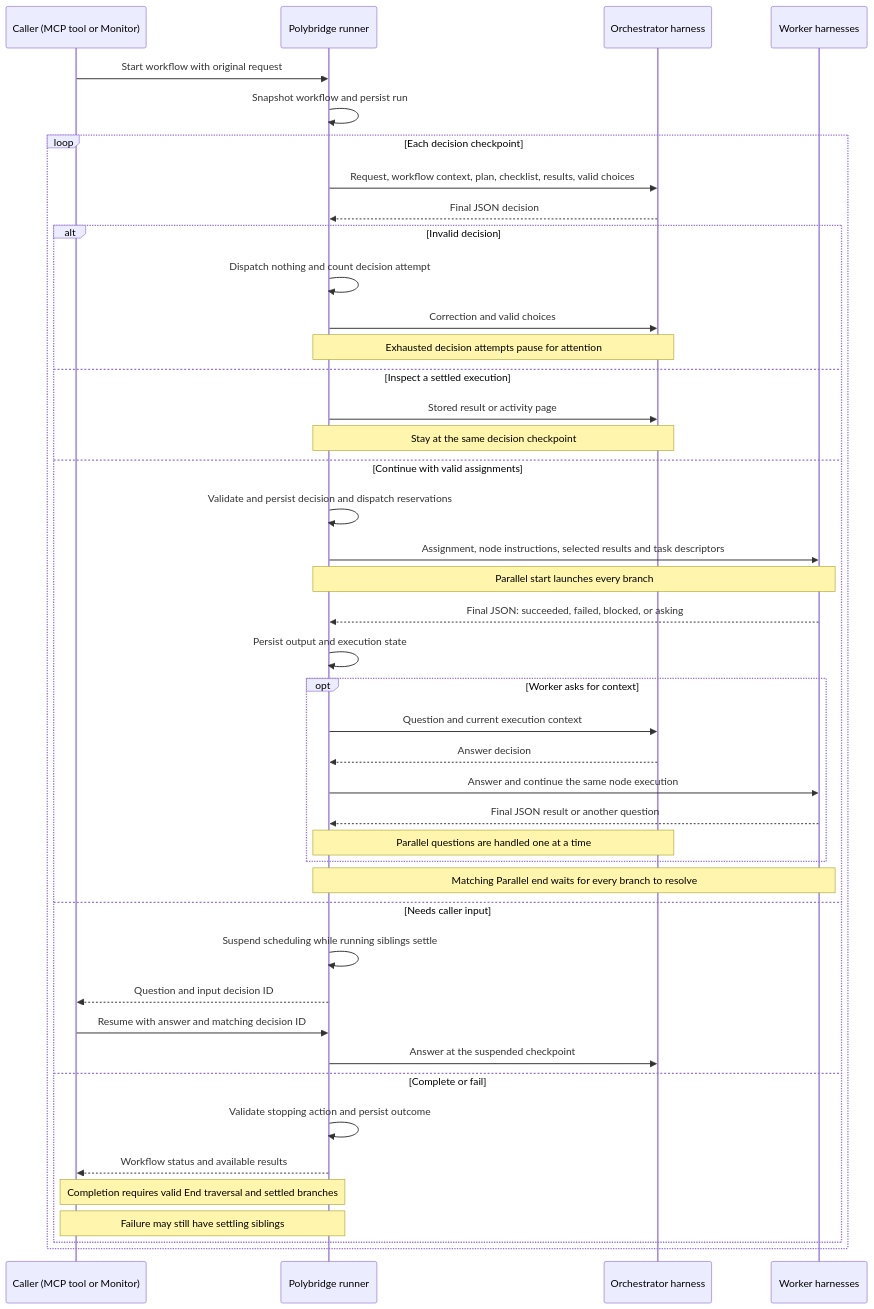
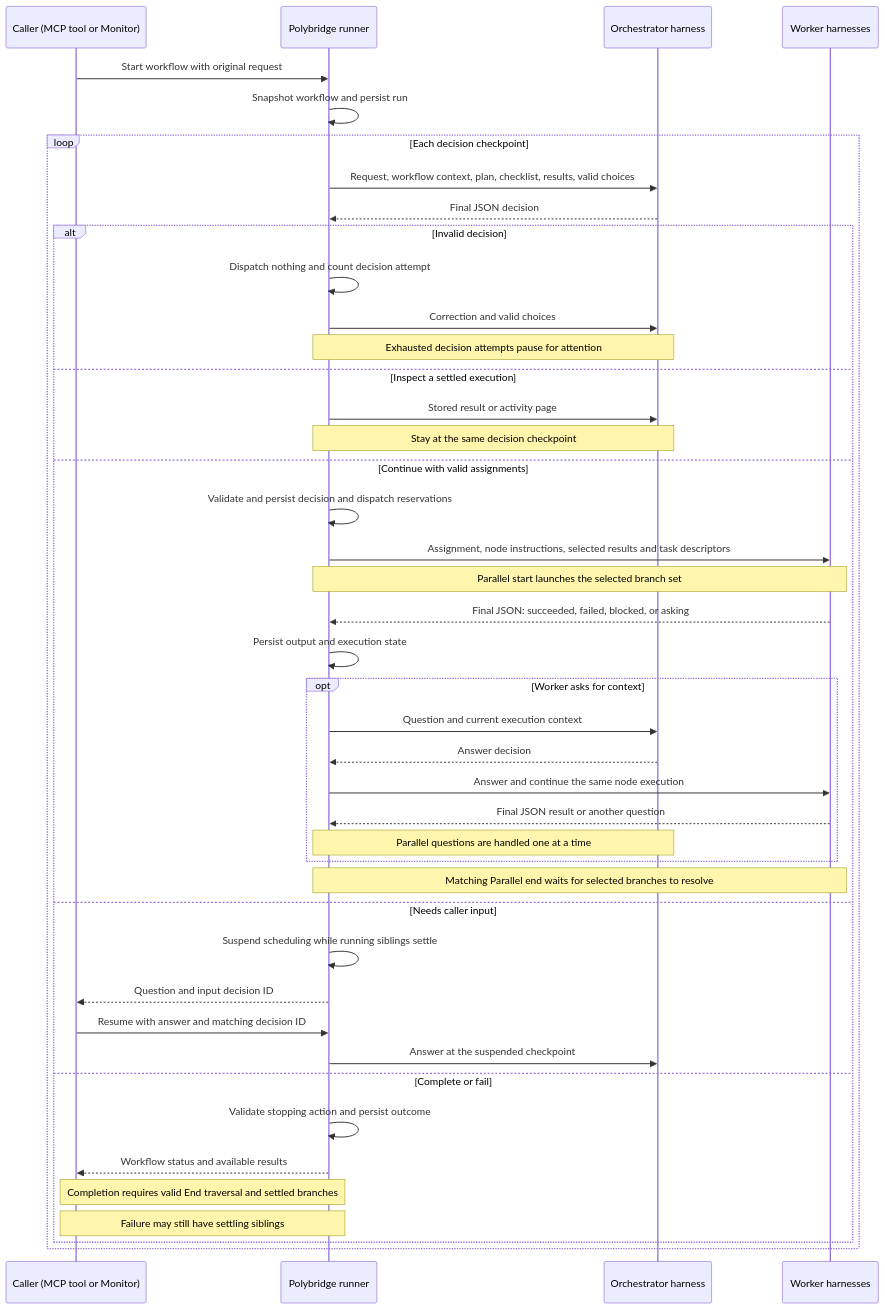
One commit to Harflow-Dev/HarflowMCP changed the first of 4 diagrams in docs/workflows.md. Above: the diagram before and after it, drawn with Mermaid. The commit also changed other lines of this file and 5 other files, not shown here.

Commit message:
feat: select and persist applicable parallel workflow branches

````diff
--- a/docs/workflows.md
+++ b/docs/workflows.md
@@ -14,46 +14,46 @@
 ```mermaid
 sequenceDiagram
     participant Caller as Caller (MCP tool or Monitor)
     participant Runner as Polybridge runner
     participant Orchestrator as Orchestrator harness
     participant Worker as Worker harnesses
 
     Caller->>Runner: Start workflow with original request
     Runner->>Runner: Snapshot workflow and persist run
     loop Each decision checkpoint
         Runner->>Orchestrator: Request, workflow context, plan, checklist, results, valid choices
         Orchestrator-->>Runner: Final JSON decision
         alt Invalid decision
             Runner->>Runner: Dispatch nothing and count decision attempt
             Runner->>Orchestrator: Correction and valid choices
             Note over Runner,Orchestrator: Exhausted decision attempts pause for attention
         else Inspect a settled execution
             Runner->>Orchestrator: Stored result or activity page
             Note over Runner,Orchestrator: Stay at the same decision checkpoint
         else Continue with valid assignments
             Runner->>Runner: Validate and persist decision and dispatch reservations
             Runner->>Worker: Assignment, node instructions, selected results and task descriptors
-            Note over Runner,Worker: Parallel start launches every branch
+            Note over Runner,Worker: Parallel start launches the selected branch set
             Worker-->>Runner: Final JSON: succeeded, failed, blocked, or asking
             Runner->>Runner: Persist output and execution state
             opt Worker asks for context
                 Runner->>Orchestrator: Question and current execution context
                 Orchestrator-->>Runner: Answer decision
                 Runner->>Worker: Answer and continue the same node execution
                 Worker-->>Runner: Final JSON result or another question
                 Note over Runner,Orchestrator: Parallel questions are handled one at a time
             end
-            Note over Runner,Worker: Matching Parallel end waits for every branch to resolve
+            Note over Runner,Worker: Matching Parallel end waits for selected branches to resolve
         else Needs caller input
             Runner->>Runner: Suspend scheduling while running siblings settle
             Runner-->>Caller: Question and input decision ID
             Caller->>Runner: Resume with answer and matching decision ID
             Runner->>Orchestrator: Answer at the suspended checkpoint
         else Complete or fail
             Runner->>Runner: Validate stopping action and persist outcome
             Runner-->>Caller: Workflow status and available results
             Note over Caller,Runner: Completion requires valid End traversal and settled branches
             Note over Caller,Runner: Failure may still have settling siblings
         end
     end
 ```
````
